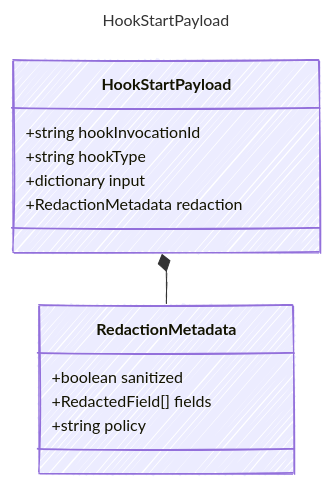
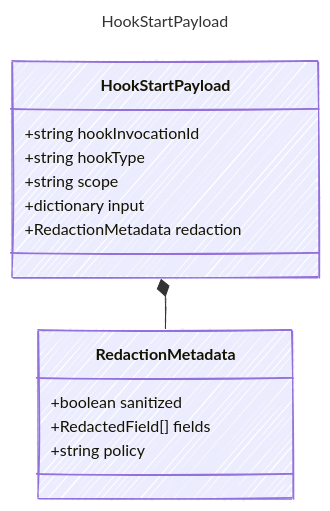
Before and after one commit to microsoft/prompty: the diagram in web/src/content/docs/reference/HookStartPayload.md, drawn with Mermaid. The commit also changed other lines of this file and 38 other files, not shown here.

````diff
--- a/web/src/content/docs/reference/HookStartPayload.md
+++ b/web/src/content/docs/reference/HookStartPayload.md
@@ -11,23 +11,24 @@
 ```mermaid
 ---
 title: HookStartPayload
 config:
   look: handDrawn
   theme: colorful
   class:
     hideEmptyMembersBox: true
 ---
 classDiagram
     class HookStartPayload {
         +string hookInvocationId
         +string hookType
+        +string scope
         +dictionary input
         +RedactionMetadata redaction
     }
     class RedactionMetadata {
         +boolean sanitized
         +RedactedField[] fields
         +string policy
     }
     HookStartPayload *-- RedactionMetadata
 ```
````
